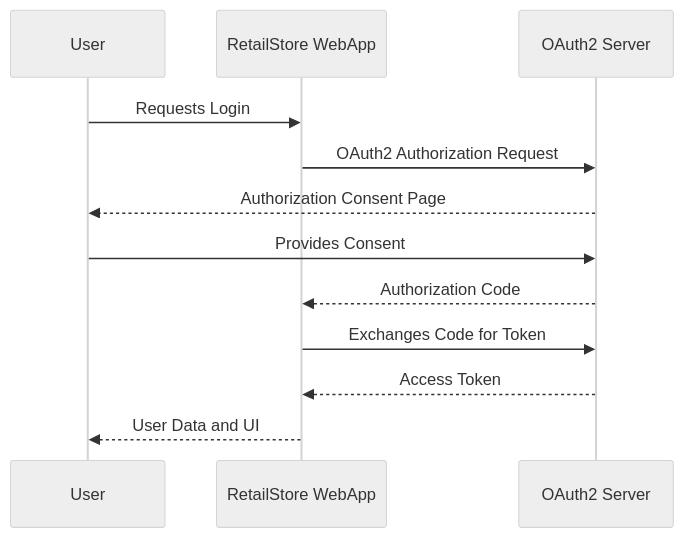
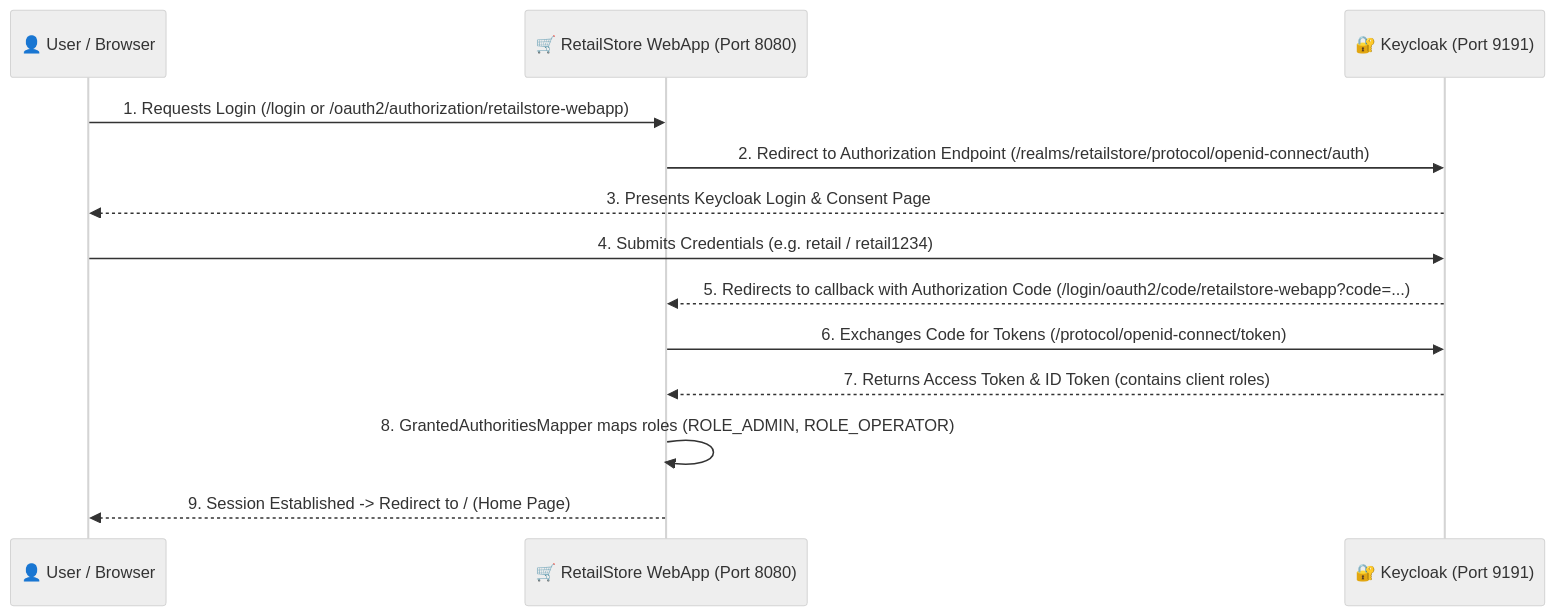
Before and after one commit to rajadilipkolli/spring-boot-microservices-series-v2: the diagram in retail-store-webapp/ReadMe.md, drawn with Mermaid (neutral theme). The commit also changed other lines of this file and 50 other files, not shown here.

````diff
--- a/retail-store-webapp/ReadMe.md
+++ b/retail-store-webapp/ReadMe.md
@@ -101,15 +119,16 @@
 ```mermaid
 sequenceDiagram
-    participant User as User
-    participant WebApp as RetailStore WebApp
-    participant AuthServer as OAuth2 Server
+    participant User as 👤 User / Browser
+    participant WebApp as 🛒 RetailStore WebApp (Port 8080)
+    participant Keycloak as 🔐 Keycloak (Port 9191)
 
-    User->>WebApp: Requests Login
-    WebApp->>AuthServer: OAuth2 Authorization Request
-    AuthServer-->>User: Authorization Consent Page
-    User->>AuthServer: Provides Consent
-    AuthServer-->>WebApp: Authorization Code
-    WebApp->>AuthServer: Exchanges Code for Token
-    AuthServer-->>WebApp: Access Token
-    WebApp-->>User: User Data and UI
+    User->>WebApp: 1. Requests Login (/login or /oauth2/authorization/retailstore-webapp)
+    WebApp->>Keycloak: 2. Redirect to Authorization Endpoint (/realms/retailstore/protocol/openid-connect/auth)
+    Keycloak-->>User: 3. Presents Keycloak Login & Consent Page
+    User->>Keycloak: 4. Submits Credentials (e.g. retail / retail1234)
+    Keycloak-->>WebApp: 5. Redirects to callback with Authorization Code (/login/oauth2/code/retailstore-webapp?code=...)
+    WebApp->>Keycloak: 6. Exchanges Code for Tokens (/protocol/openid-connect/token)
+    Keycloak-->>WebApp: 7. Returns Access Token & ID Token (contains client roles)
+    WebApp->>WebApp: 8. GrantedAuthoritiesMapper maps roles (ROLE_ADMIN, ROLE_OPERATOR)
+    WebApp-->>User: 9. Session Established -> Redirect to / (Home Page)
 ```
````
